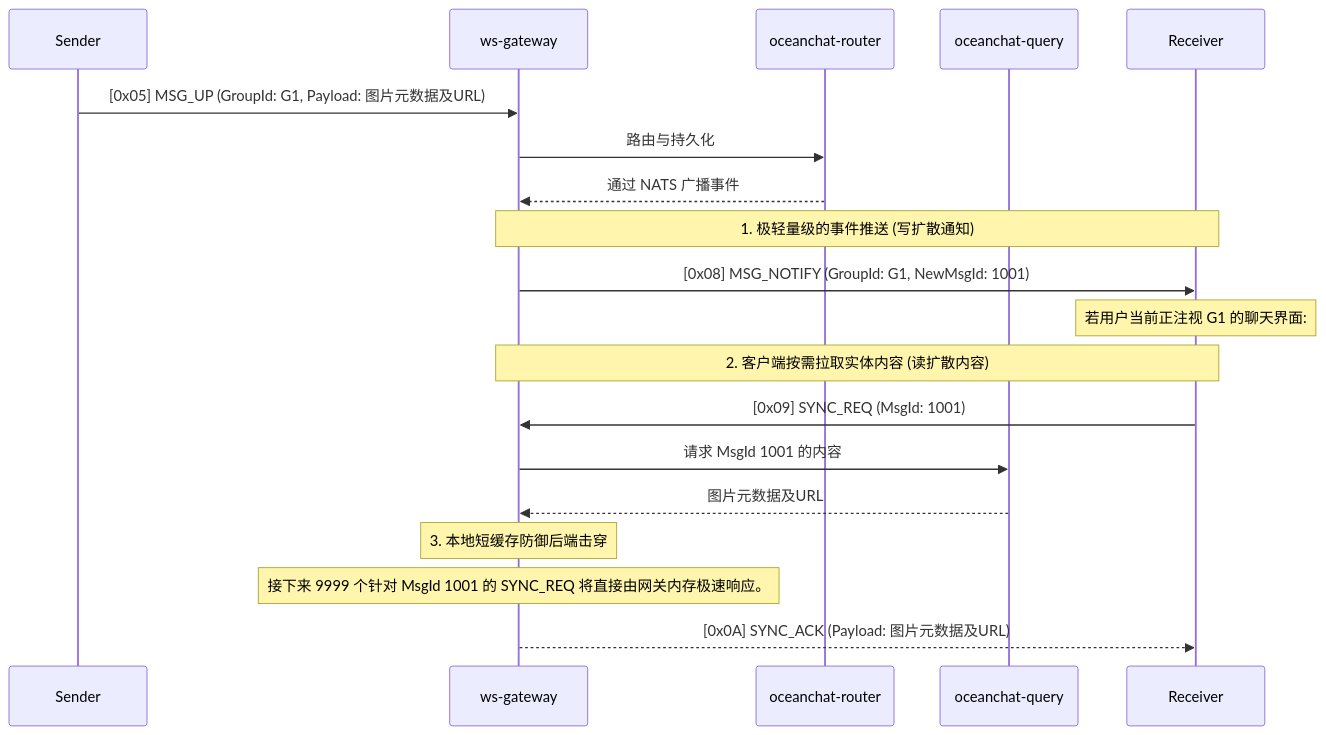
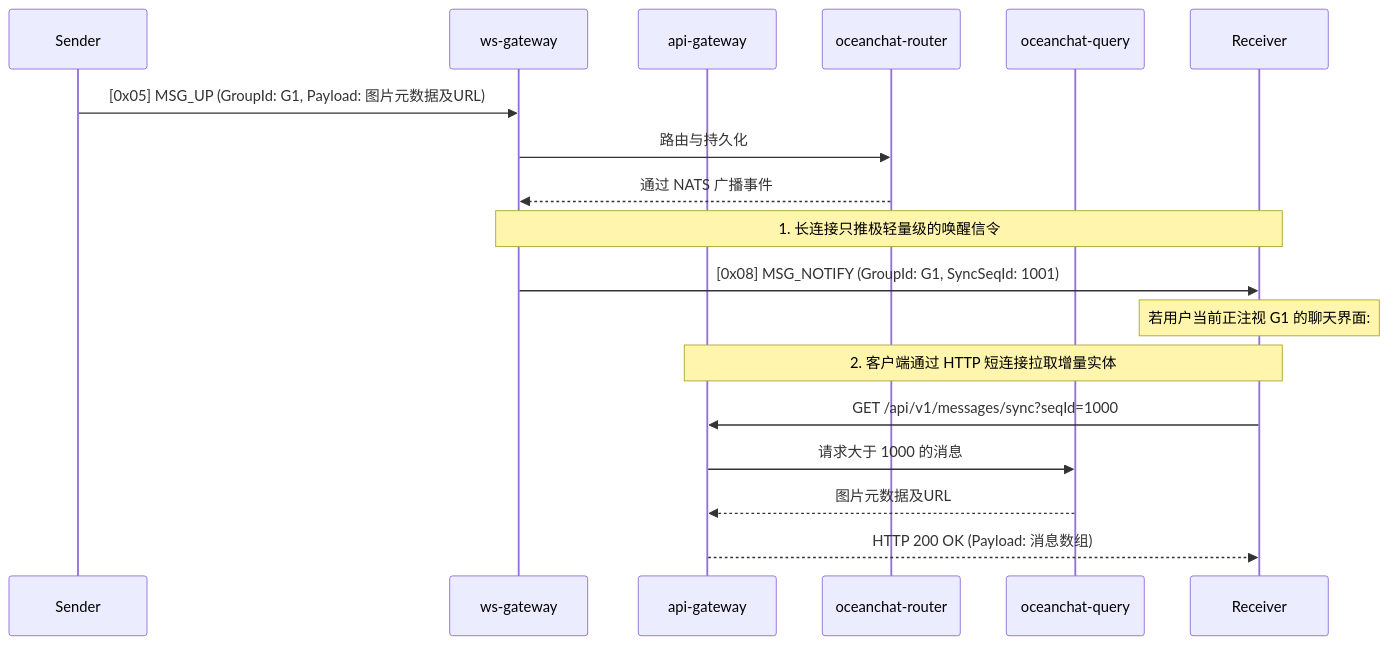
Before and after one commit to JamesWilson19970101/ocean.chat.docs: the third of 5 diagrams in i18n/zh-CN/docusaurus-plugin-content-docs/current/devdocs/monkey-protocol-spec.md, drawn with Mermaid. The commit also changed other lines of this file and 16 other files, not shown here.

First line of the commit message:
docs: Refine message delivery, NATS JetStream, and reliability architecture

````diff
--- a/i18n/zh-CN/docusaurus-plugin-content-docs/current/devdocs/monkey-protocol-spec.md
+++ b/i18n/zh-CN/docusaurus-plugin-content-docs/current/devdocs/monkey-protocol-spec.md
@@ -163,27 +167,25 @@
 ```mermaid
 sequenceDiagram
     participant Sender
     participant Gateway as ws-gateway
+    participant APIGateway as api-gateway
     participant Router as oceanchat-router
     participant Query as oceanchat-query
     participant Receiver
 
     Sender->>Gateway: [0x05] MSG_UP (GroupId: G1, Payload: 图片元数据及URL)
     Gateway->>Router: 路由与持久化
     Router-->>Gateway: 通过 NATS 广播事件
 
-    note over Gateway, Receiver: 1. 极轻量级的事件推送 (写扩散通知)
-    Gateway->>Receiver: [0x08] MSG_NOTIFY (GroupId: G1, NewMsgId: 1001)
+    note over Gateway, Receiver: 1. 长连接只推极轻量级的唤醒信令
+    Gateway->>Receiver: [0x08] MSG_NOTIFY (GroupId: G1, SyncSeqId: 1001)
 
     note over Receiver: 若用户当前正注视 G1 的聊天界面:
-    note over Gateway, Receiver: 2. 客户端按需拉取实体内容 (读扩散内容)
-    Receiver->>Gateway: [0x09] SYNC_REQ (MsgId: 1001)
+    note over Receiver, APIGateway: 2. 客户端通过 HTTP 短连接拉取增量实体
+    Receiver->>APIGateway: GET /api/v1/messages/sync?seqId=1000
 
-    Gateway->>Query: 请求 MsgId 1001 的内容
-    Query-->>Gateway: 图片元数据及URL
+    APIGateway->>Query: 请求大于 1000 的消息
+    Query-->>APIGateway: 图片元数据及URL
 
-    note over Gateway: 3. 本地短缓存防御后端击穿
-    note over Gateway: 接下来 9999 个针对 MsgId 1001 的 SYNC_REQ 将直接由网关内存极速响应。
-
-    Gateway-->>Receiver: [0x0A] SYNC_ACK (Payload: 图片元数据及URL)
+    APIGateway-->>Receiver: HTTP 200 OK (Payload: 消息数组)
 ```
````
